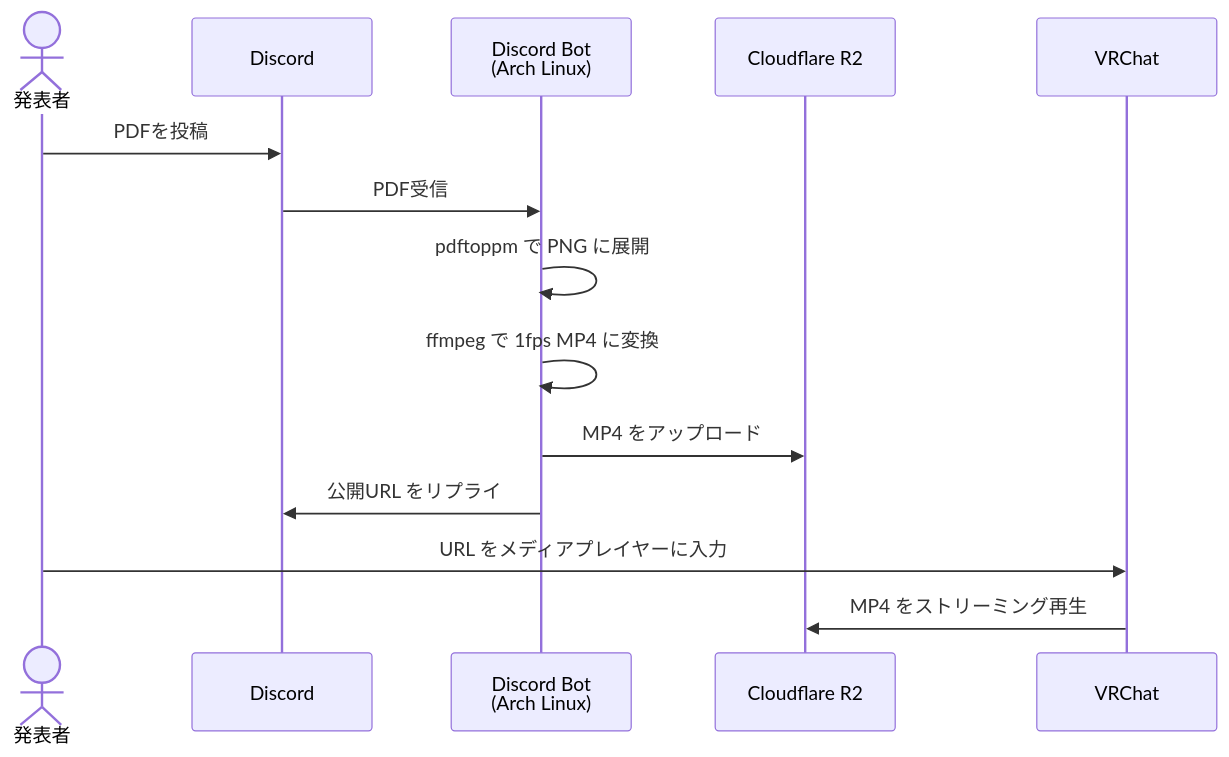
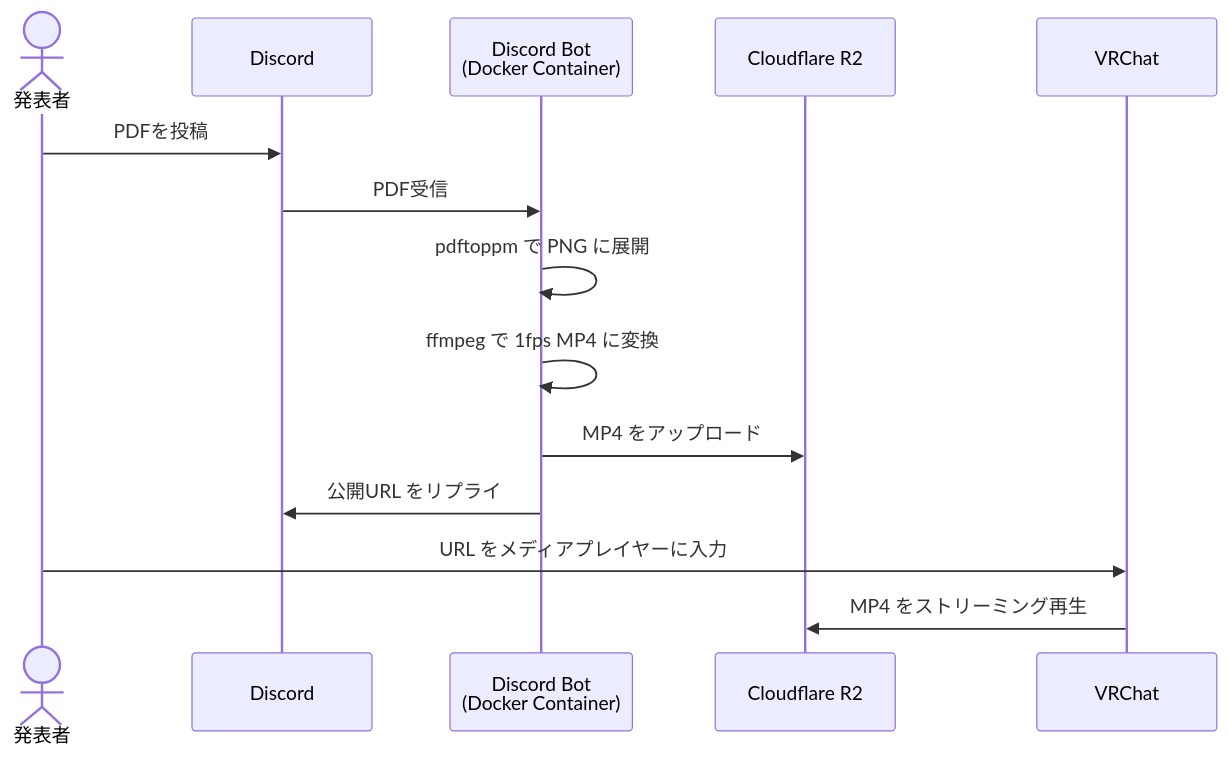
The diagram in README.md (yuzukq/VRC-LT-server), drawn with Mermaid before and after one commit. The commit also changed other lines of this file and 6 other files, not shown here.

````diff
--- a/README.md
+++ b/README.md
@@ -9,17 +9,17 @@
 ```mermaid
 sequenceDiagram
     actor 発表者
     participant Discord
-    participant Bot as Discord Bot<br/>(Arch Linux)
+    participant Bot as Discord Bot<br/>(Docker Container)
     participant R2 as Cloudflare R2
     participant VRChat
 
     発表者->>Discord: PDFを投稿
     Discord->>Bot: PDF受信
     Bot->>Bot: pdftoppm で PNG に展開
     Bot->>Bot: ffmpeg で 1fps MP4 に変換
     Bot->>R2: MP4 をアップロード
     Bot->>Discord: 公開URL をリプライ
     発表者->>VRChat: URL をメディアプレイヤーに入力
     VRChat->>R2: MP4 をストリーミング再生
 ```
````
